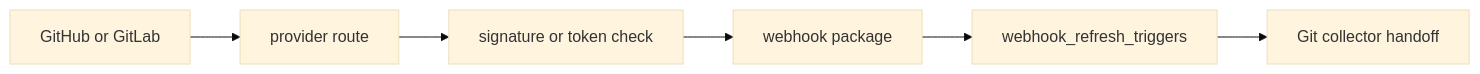
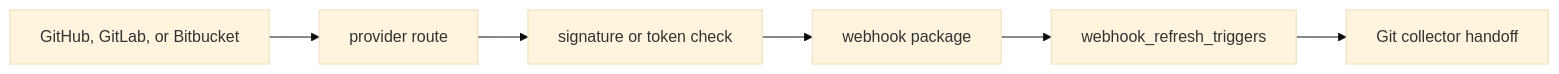
One commit to eshu-hq/eshu changed the diagram in go/cmd/webhook-listener/README.md. Above: the diagram before and after it, drawn with Mermaid (base theme). The commit also changed other lines of this file and 35 other files, not shown here.

Commit message:
feat(webhook): add bitbucket provider intake

````diff
--- a/go/cmd/webhook-listener/README.md
+++ b/go/cmd/webhook-listener/README.md
@@ -17,8 +18,8 @@
 ```mermaid
 flowchart LR
-  Provider["GitHub or GitLab"] --> Handler["provider route"]
+  Provider["GitHub, GitLab, or Bitbucket"] --> Handler["provider route"]
   Handler --> Verify["signature or token check"]
   Verify --> Normalize["webhook package"]
   Normalize --> Store["webhook_refresh_triggers"]
   Store --> Collector["Git collector handoff"]
 ```
````
